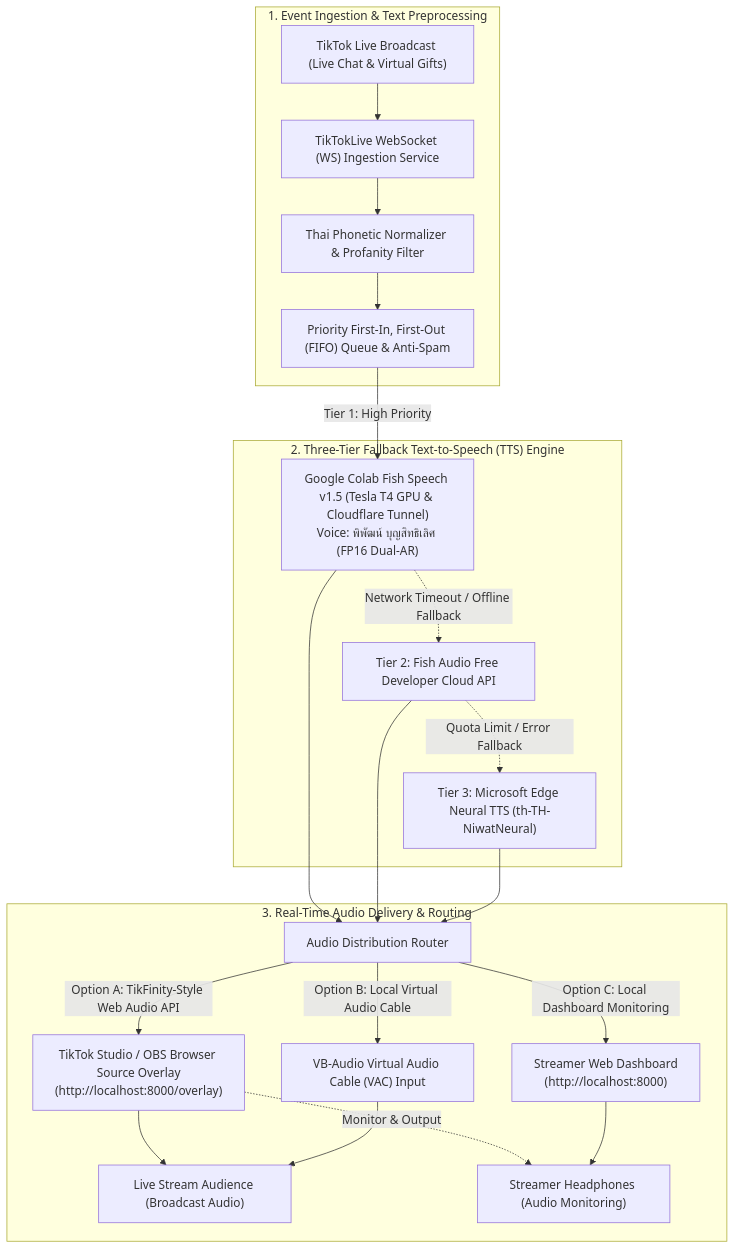
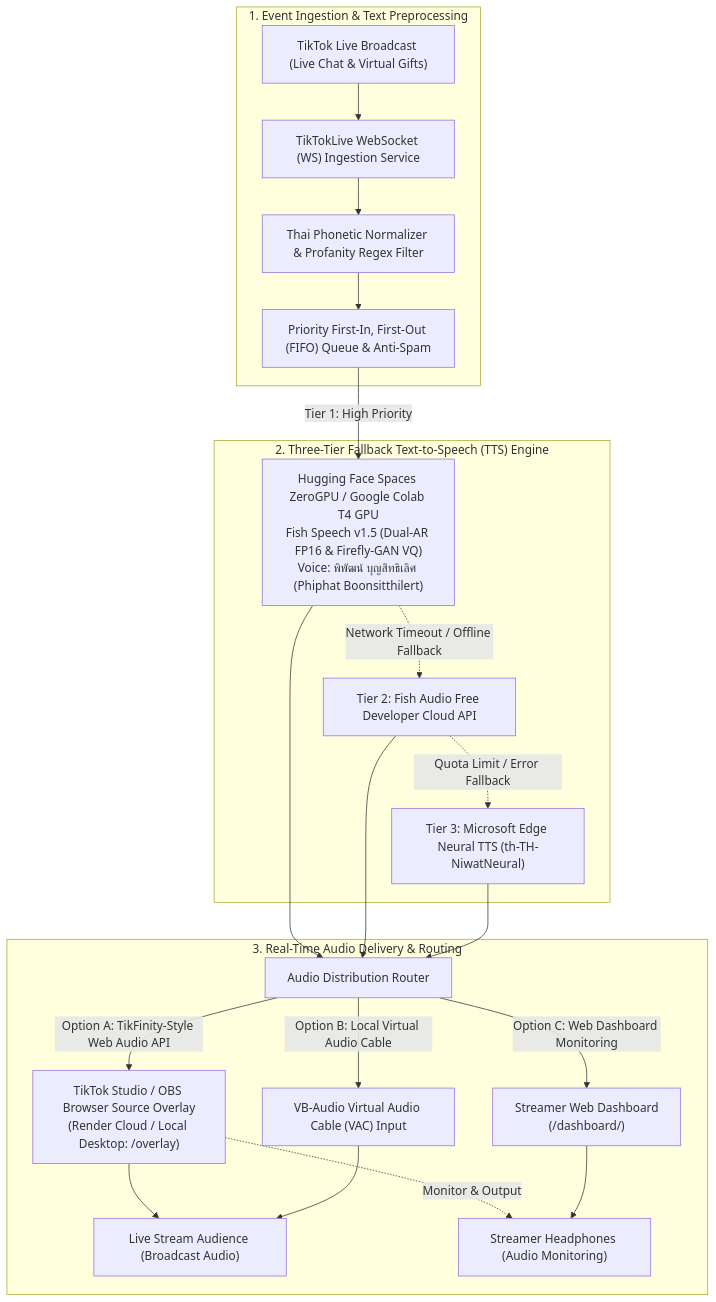
One commit to PhuriphatTyPeZ3r0/App-TikTok-Live-TTS-Dashboard-2026 changed the diagram in README.md. Above: the diagram before and after it, drawn with Mermaid. The commit also changed other lines of this file and 1 other file, not shown here.

Commit message:
docs: add Hugging Face ZeroGPU and Render cloud deployment guide and update README

````diff
--- a/README.md
+++ b/README.md
@@ -61,34 +65,34 @@
 ```mermaid
 flowchart TD
     subgraph IngestionLayer ["1. Event Ingestion & Text Preprocessing"]
         TikTokLive["TikTok Live Broadcast (Live Chat & Virtual Gifts)"]
         Ingestion["TikTokLive WebSocket (WS) Ingestion Service"]
-        Normalizer["Thai Phonetic Normalizer & Profanity Filter"]
+        Normalizer["Thai Phonetic Normalizer & Profanity Regex Filter"]
         Queue["Priority First-In, First-Out (FIFO) Queue & Anti-Spam"]
 
         TikTokLive --> Ingestion
         Ingestion --> Normalizer
         Normalizer --> Queue
     end
 
     subgraph TTSLayer ["2. Three-Tier Fallback Text-to-Speech (TTS) Engine"]
-        Queue -->|Tier 1: High Priority| ColabTTS["Google Colab Fish Speech v1.5 (Tesla T4 GPU & Cloudflare Tunnel)\nVoice: พิพัฒน์ บุญสิทธิเลิศ (FP16 Dual-AR)"]
-        ColabTTS -.->|Network Timeout / Offline Fallback| CloudTTS["Tier 2: Fish Audio Free Developer Cloud API"]
+        Queue -->|Tier 1: High Priority| ServerlessTTS["Hugging Face Spaces ZeroGPU / Google Colab T4 GPU\nFish Speech v1.5 (Dual-AR FP16 & Firefly-GAN VQ)\nVoice: พิพัฒน์ บุญสิทธิเลิศ (Phiphat Boonsitthilert)"]
+        ServerlessTTS -.->|Network Timeout / Offline Fallback| CloudTTS["Tier 2: Fish Audio Free Developer Cloud API"]
         CloudTTS -.->|Quota Limit / Error Fallback| EdgeTTS["Tier 3: Microsoft Edge Neural TTS (th-TH-NiwatNeural)"]
     end
 
     subgraph AudioDeliveryLayer ["3. Real-Time Audio Delivery & Routing"]
-        ColabTTS --> AudioRouter["Audio Distribution Router"]
+        ServerlessTTS --> AudioRouter["Audio Distribution Router"]
         CloudTTS --> AudioRouter
         EdgeTTS --> AudioRouter
 
-        AudioRouter -->|Option A: TikFinity-Style Web Audio API| BrowserSource["TikTok Studio / OBS Browser Source Overlay\n(http://localhost:8000/overlay)"]
+        AudioRouter -->|Option A: TikFinity-Style Web Audio API| BrowserSource["TikTok Studio / OBS Browser Source Overlay\n(Render Cloud / Local Desktop: /overlay)"]
         AudioRouter -->|Option B: Local Virtual Audio Cable| VAC["VB-Audio Virtual Audio Cable (VAC) Input"]
-        AudioRouter -->|Option C: Local Dashboard Monitoring| Dashboard["Streamer Web Dashboard\n(http://localhost:8000)"]
+        AudioRouter -->|Option C: Web Dashboard Monitoring| Dashboard["Streamer Web Dashboard\n(/dashboard/<session_id>)"]
 
         BrowserSource --> Viewers["Live Stream Audience (Broadcast Audio)"]
         BrowserSource -.->|Monitor & Output| Headphones["Streamer Headphones (Audio Monitoring)"]
         VAC --> Viewers
         Dashboard --> Headphones
     end
 ```
````
